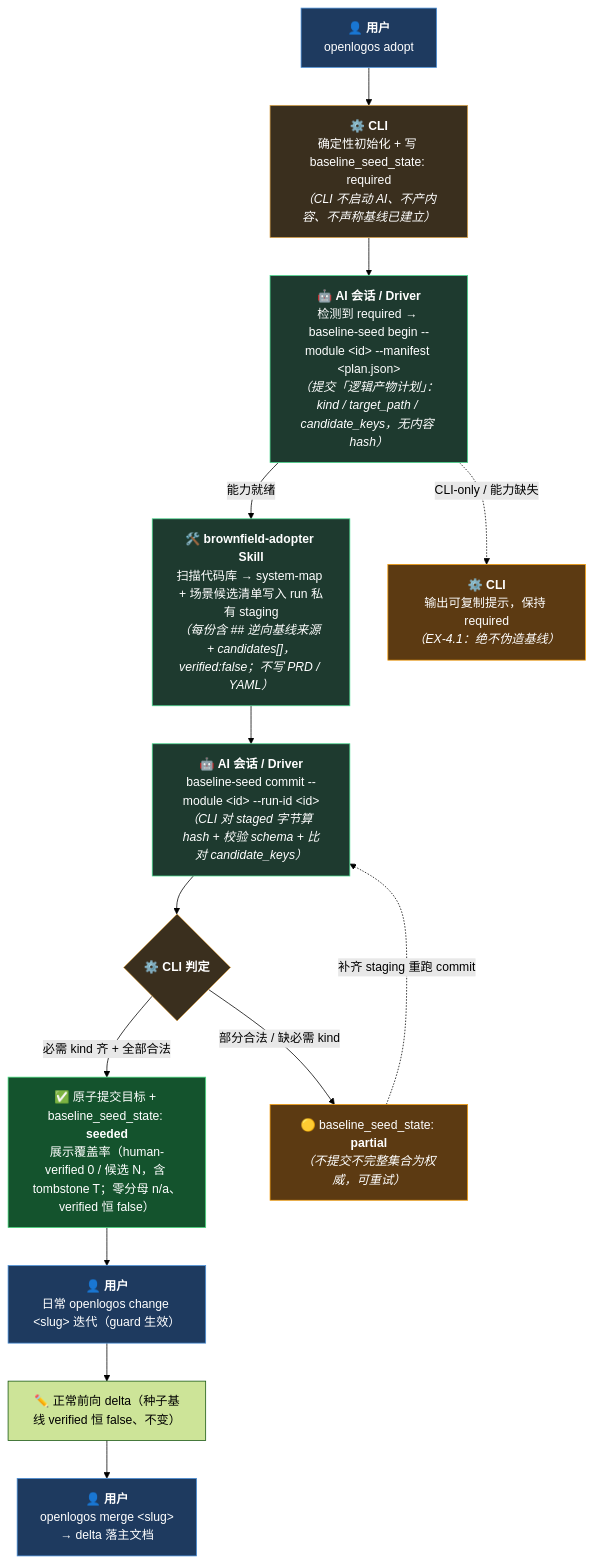
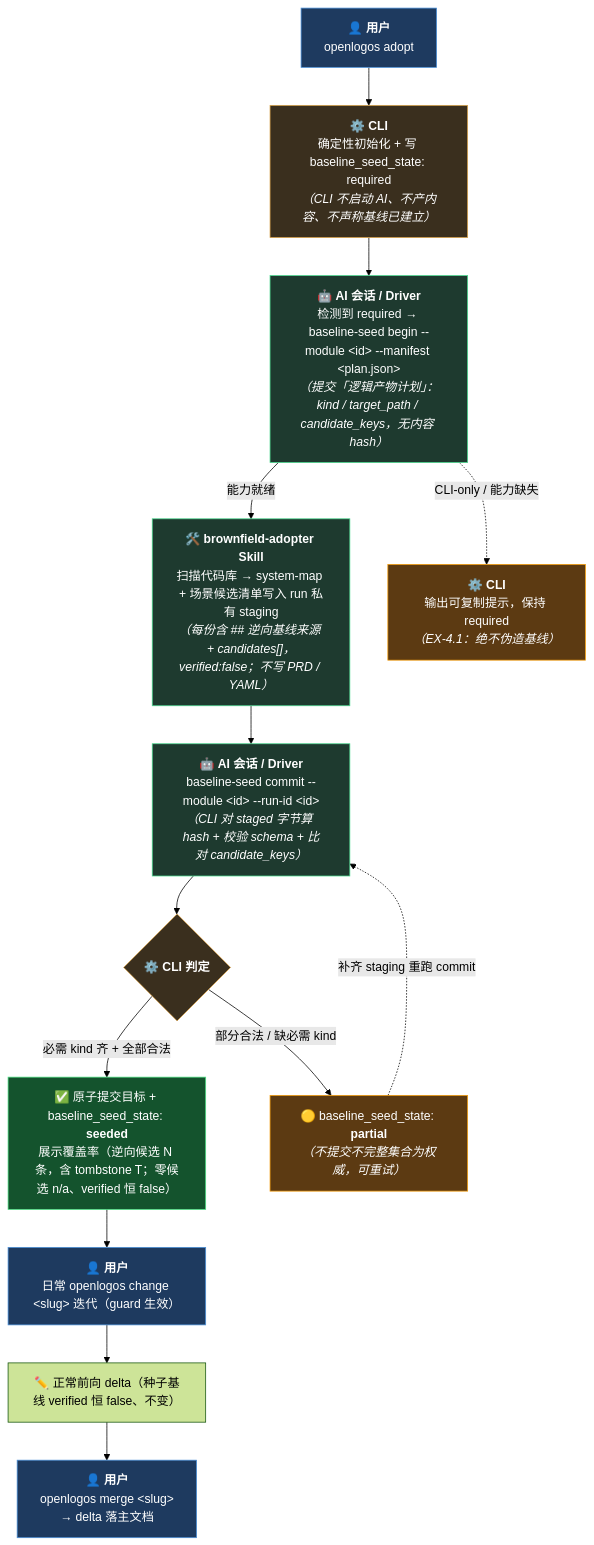
One commit to miniidealab/openlogos changed the diagram in docs/brownfield-adopter-guide.md. Above: the diagram before and after it, drawn with Mermaid (forest theme). The commit also changed other lines of this file and 19 other files, not shown here.

Commit message:
chore(archive): drop-coverage-human-verified — 归档自动提交

````diff
--- a/docs/brownfield-adopter-guide.md
+++ b/docs/brownfield-adopter-guide.md
@@ -47,32 +47,32 @@
 ```mermaid
 flowchart TD
     A["👤 <b>用户</b><br/>openlogos adopt"]
       --> B["⚙️ <b>CLI</b><br/>确定性初始化 + 写 baseline_seed_state: required<br/><i>（CLI 不启动 AI、不产内容、不声称基线已建立）</i>"]
       --> C["🤖 <b>AI 会话 / Driver</b><br/>检测到 required → baseline-seed begin --module &lt;id&gt; --manifest &lt;plan.json&gt;<br/><i>（提交「逻辑产物计划」：kind / target_path / candidate_keys，无内容 hash）</i>"]
 
     C -->|能力就绪| D["🛠️ <b>brownfield-adopter Skill</b><br/>扫描代码库 → system-map + 场景候选清单写入 run 私有 staging<br/><i>（每份含 ## 逆向基线来源 + candidates[]，verified:false；不写 PRD / YAML）</i>"]
     C -.->|CLI-only / 能力缺失| X["⚙️ <b>CLI</b><br/>输出可复制提示，保持 required<br/><i>（EX-4.1：绝不伪造基线）</i>"]
 
     D --> E["🤖 <b>AI 会话 / Driver</b><br/>baseline-seed commit --module &lt;id&gt; --run-id &lt;id&gt;<br/><i>（CLI 对 staged 字节算 hash + 校验 schema + 比对 candidate_keys）</i>"]
       --> F{"⚙️ <b>CLI 判定</b>"}
 
-    F -->|必需 kind 齐 + 全部合法| G["✅ 原子提交目标 + baseline_seed_state: <b>seeded</b><br/>展示覆盖率（human-verified 0 / 候选 N，含 tombstone T；零分母 n/a、verified 恒 false）"]
+    F -->|必需 kind 齐 + 全部合法| G["✅ 原子提交目标 + baseline_seed_state: <b>seeded</b><br/>展示覆盖率（逆向候选 N 条，含 tombstone T；零候选 n/a、verified 恒 false）"]
     F -->|部分合法 / 缺必需 kind| P["🟡 baseline_seed_state: <b>partial</b><br/><i>（不提交不完整集合为权威，可重试）</i>"]
     P -.->|补齐 staging 重跑 commit| E
 
     G --> H["👤 <b>用户</b><br/>日常 openlogos change &lt;slug&gt; 迭代（guard 生效）"]
       --> K["✏️ 正常前向 delta（种子基线 verified 恒 false、不变）"]
 
     K --> L["👤 <b>用户</b><br/>openlogos merge &lt;slug&gt;<br/>→ delta 落主文档"]
 
     classDef user fill:#1e3a5f,stroke:#4a90d9,color:#fff;
     classDef cli fill:#3a2f1e,stroke:#d9a34a,color:#fff;
     classDef ai fill:#1e3a2f,stroke:#4ad98f,color:#fff;
     classDef done fill:#14532d,stroke:#4ade80,color:#fff;
     classDef warn fill:#5c3a12,stroke:#f59e0b,color:#fff;
     class A,H,L user;
     class B,F cli;
     class C,E,D ai;
     class G done;
     class P,X warn;
 ```
````
